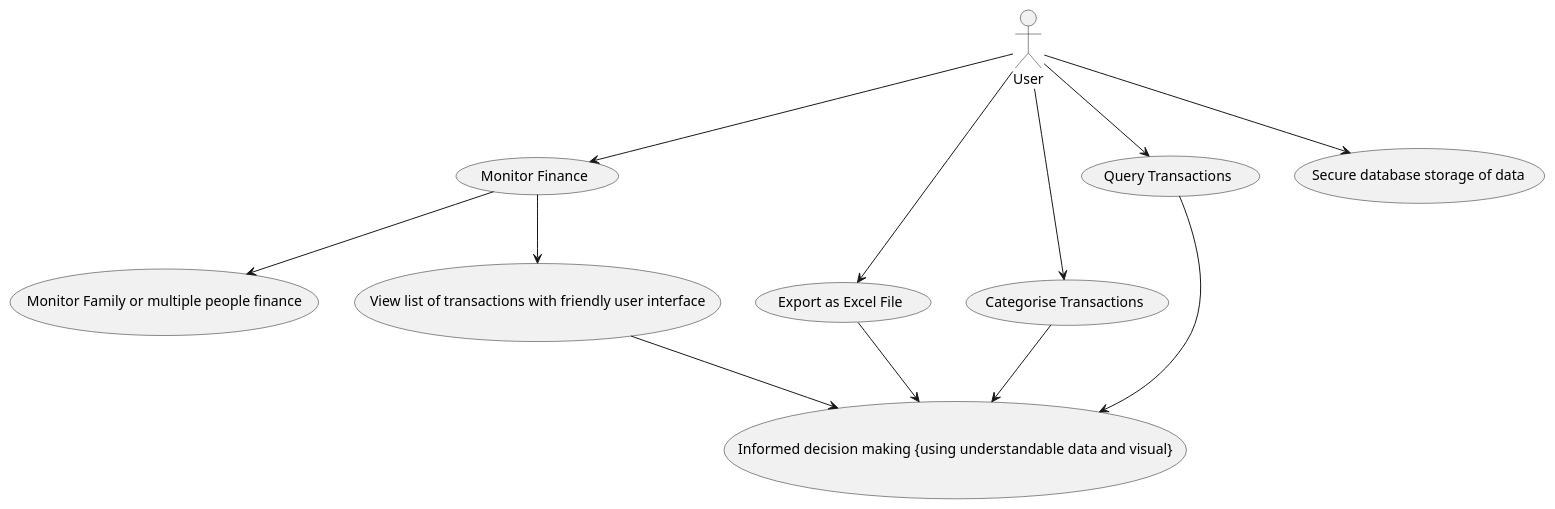
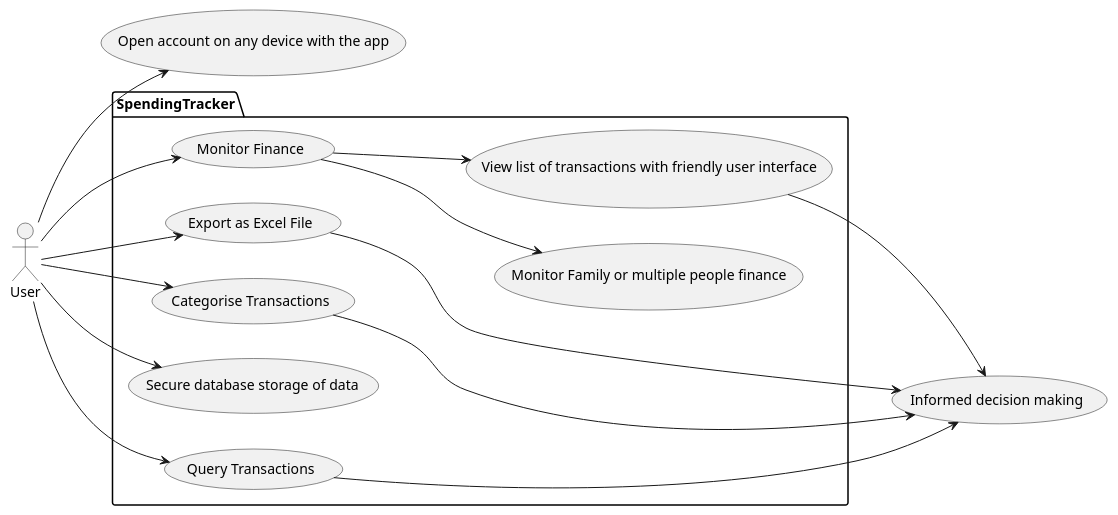
The diagram in app/use_case_diagram.puml (nisathnasar/Spending-Tracker), drawn with PlantUML before and after one commit. The commit also changed 9 other files, not shown here.

Commit message:
class diagram update

```diff
--- a/app/use_case_diagram.puml
+++ b/app/use_case_diagram.puml
@@ -1,38 +1,42 @@
 @startuml
 'https://plantuml.com/use-case-diagram
 
 
-(Monitor Family or multiple people finance) as (mf)
 
-(View list of transactions with friendly user interface) as (frui)
 
-(Informed decision making {using understandable data and visual}) as (ifd)
+(Informed decision making) as (ifd)
+
+package SpendingTracker {
+    usecase (Monitor Family or multiple people finance) as (mf)
+    usecase (View list of transactions with friendly user interface) as (frui)
+    usecase (Monitor Finance)
+    usecase (Export as Excel File)
+    usecase (Categorise Transactions)
+    usecase (Secure database storage of data)
+    usecase (Query Transactions)
+}
+
+left to right direction
 
 User --> (Monitor Finance)
 
 (Monitor Finance) --> (mf)
 
 (Monitor Finance) --> (frui)
 
-(frui) --> (ifd)
-
 User --> (Export as Excel File)
-
-(Export as Excel File) --> (ifd)
 
 User --> (Categorise Transactions)
 
-(Categorise Transactions) --> (ifd)
-
 User --> (Query Transactions)
-
-(Query Transactions) --> (ifd)
 
 User --> (Secure database storage of data)
 
+User --> (Open account on any device with the app)
 
-
-
-
+(frui) --> (ifd)
+(Export as Excel File) --> (ifd)
+(Categorise Transactions) --> (ifd)
+(Query Transactions) --> (ifd)
 
 @enduml
```
